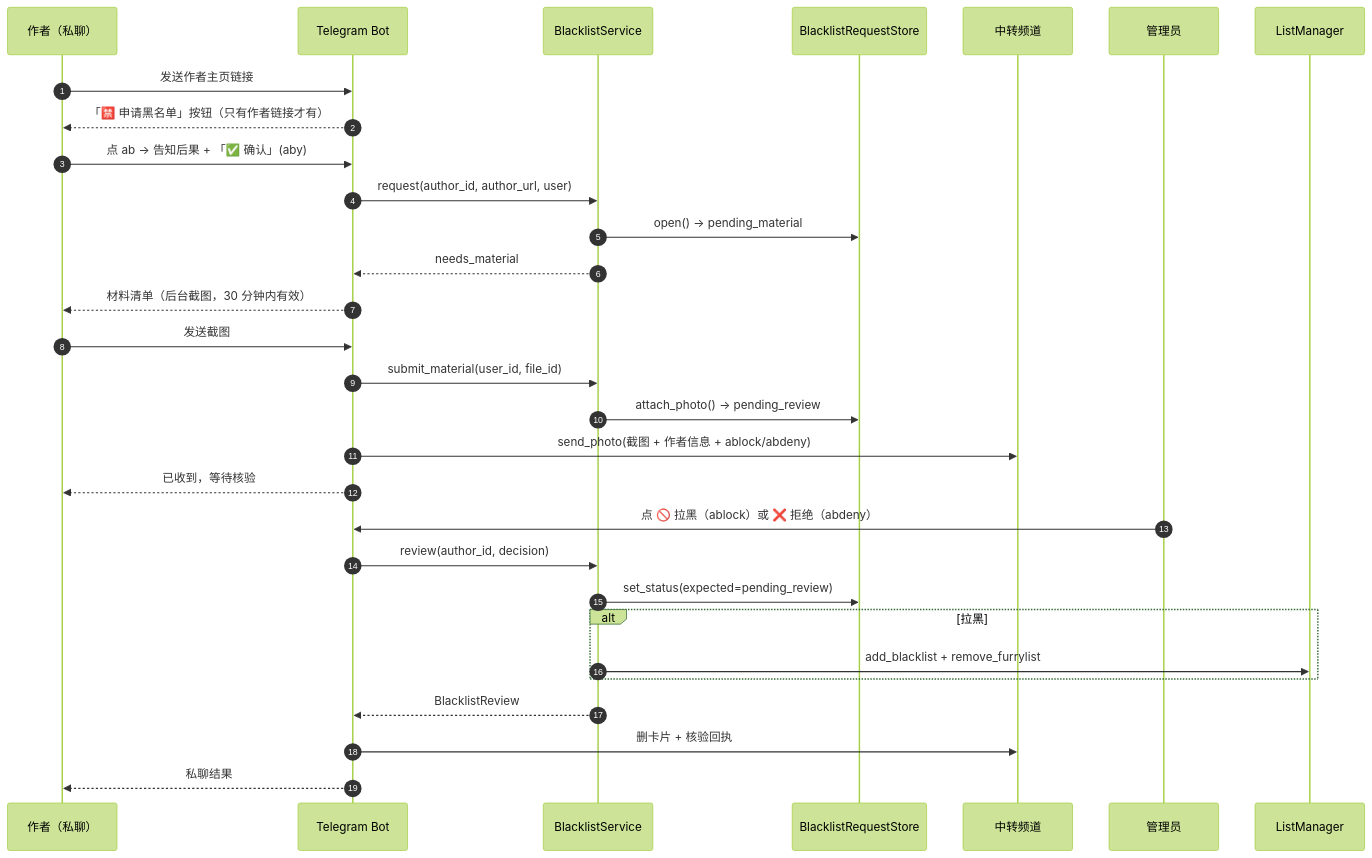
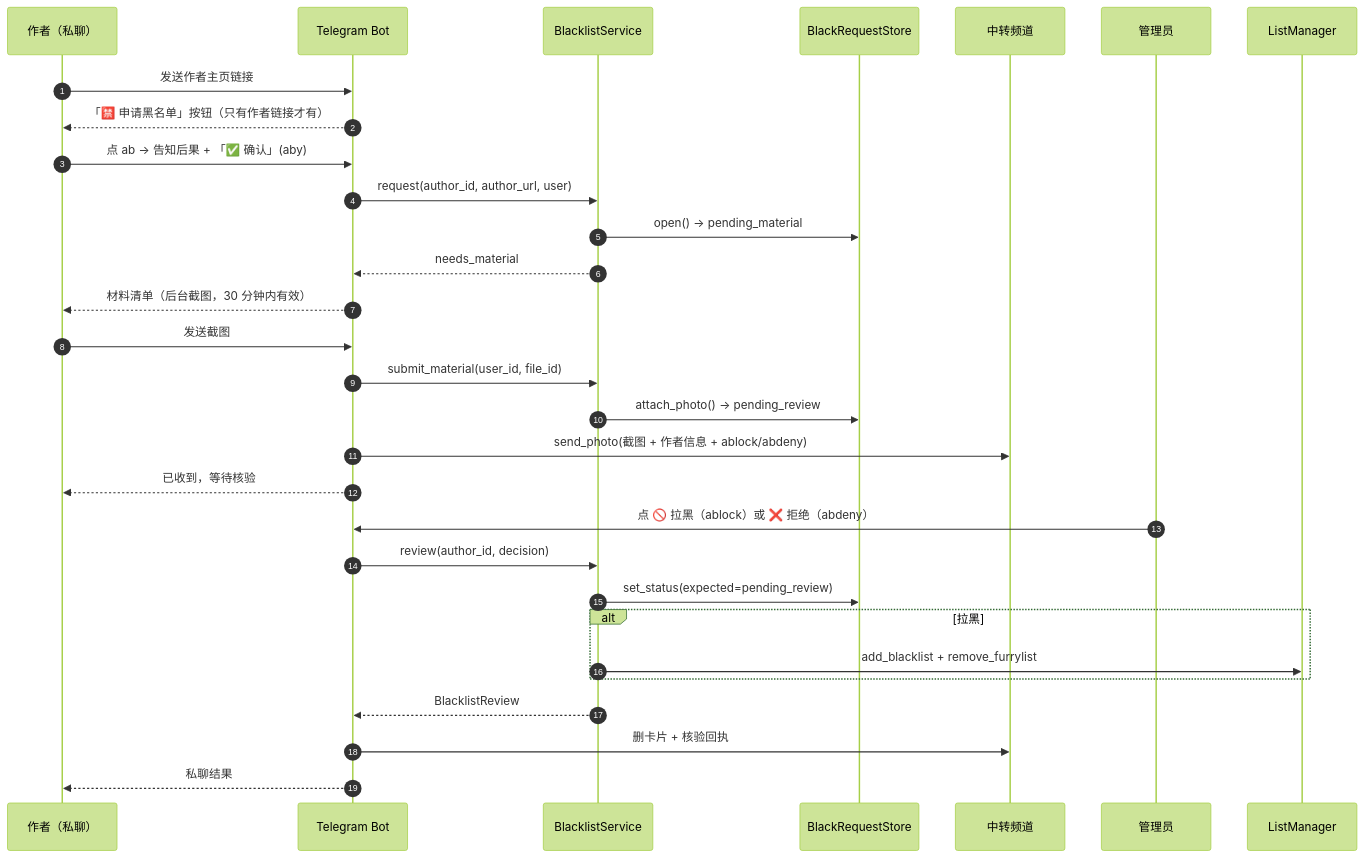
The fourth of 4 diagrams in docs/05-运行时序.md (DowneyRem/FurryReadingBot), drawn with Mermaid (forest theme) before and after one commit. The commit also changed other lines of this file and 13 other files, not shown here.

````diff
--- a/docs/05-运行时序.md
+++ b/docs/05-运行时序.md
@@ -189,35 +189,35 @@
 ```mermaid
 sequenceDiagram
     autonumber
     participant author as 作者（私聊）
     participant telegramBot as Telegram Bot
     participant blacklistService as BlacklistService
-    participant requests as BlacklistRequestStore
+    participant blackRequests as BlackRequestStore
     participant transit as 中转频道
     participant admin as 管理员
     participant listManager as ListManager
 
     author->>telegramBot: 发送作者主页链接
     telegramBot-->>author: 「🈲 申请黑名单」按钮（只有作者链接才有）
     author->>telegramBot: 点 ab → 告知后果 + 「✅ 确认」(aby)
     telegramBot->>blacklistService: request(author_id, author_url, user)
-    blacklistService->>requests: open() → pending_material
+    blacklistService->>blackRequests: open() → pending_material
     blacklistService-->>telegramBot: needs_material
     telegramBot-->>author: 材料清单（后台截图，30 分钟内有效）
 
     author->>telegramBot: 发送截图
     telegramBot->>blacklistService: submit_material(user_id, file_id)
-    blacklistService->>requests: attach_photo() → pending_review
+    blacklistService->>blackRequests: attach_photo() → pending_review
     telegramBot->>transit: send_photo(截图 + 作者信息 + ablock/abdeny)
     telegramBot-->>author: 已收到，等待核验
 
     admin->>telegramBot: 点 🚫 拉黑（ablock）或 ❌ 拒绝（abdeny）
     telegramBot->>blacklistService: review(author_id, decision)
-    blacklistService->>requests: set_status(expected=pending_review)
+    blacklistService->>blackRequests: set_status(expected=pending_review)
     alt 拉黑
         blacklistService->>listManager: add_blacklist + remove_furrylist
     end
     blacklistService-->>telegramBot: BlacklistReview
     telegramBot->>transit: 删卡片 + 核验回执
     telegramBot-->>author: 私聊结果
 ```
````
